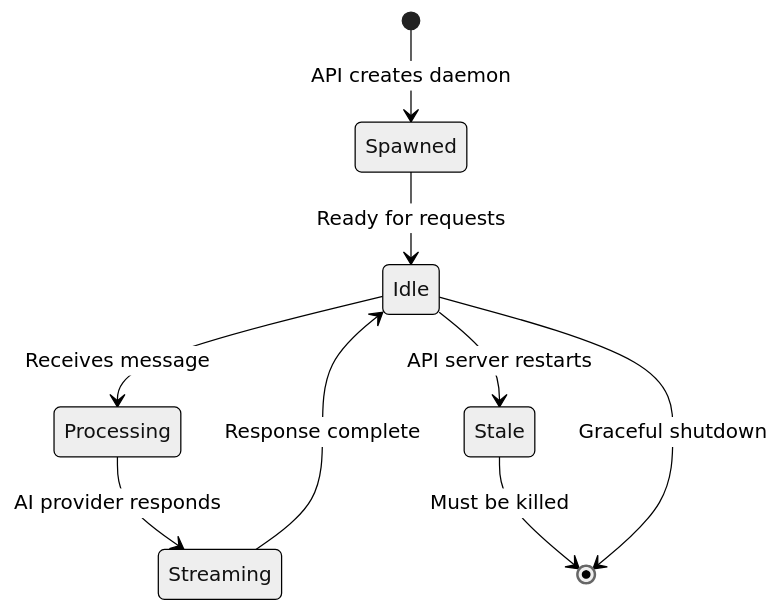
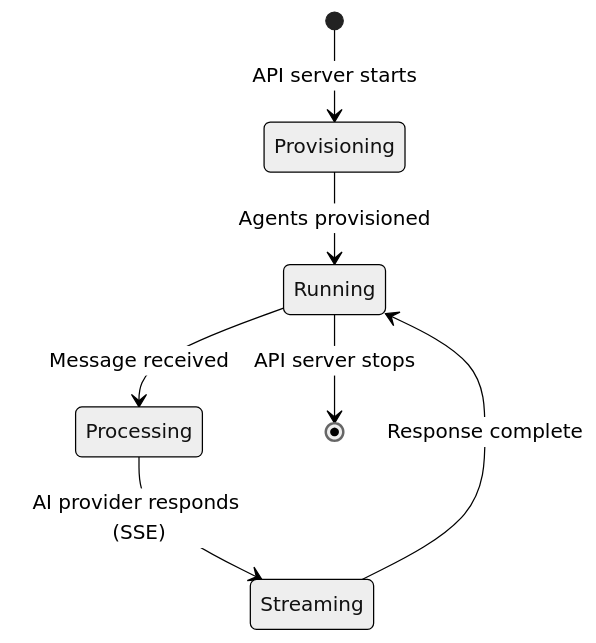
The third of 3 diagrams in docs/getting-started/self-hosting.md (pde-rent/monokeros), drawn with Mermaid (neutral theme) before and after one commit. The commit also changed other lines of this file and 31 other files, not shown here.

````diff
--- a/docs/getting-started/self-hosting.md
+++ b/docs/getting-started/self-hosting.md
@@ -358,11 +336,9 @@
 ```mermaid
 stateDiagram-v2
-    [*] --> Spawned: API creates daemon
-    Spawned --> Idle: Ready for requests
-    Idle --> Processing: Receives message
-    Processing --> Streaming: AI provider responds
-    Streaming --> Idle: Response complete
-    Idle --> Stale: API server restarts
-    Stale --> [*]: Must be killed
-    Idle --> [*]: Graceful shutdown
+    [*] --> Provisioning: API server starts
+    Provisioning --> Running: Agents provisioned
+    Running --> Processing: Message received
+    Processing --> Streaming: AI provider responds (SSE)
+    Streaming --> Running: Response complete
+    Running --> [*]: API server stops
 ```
````
